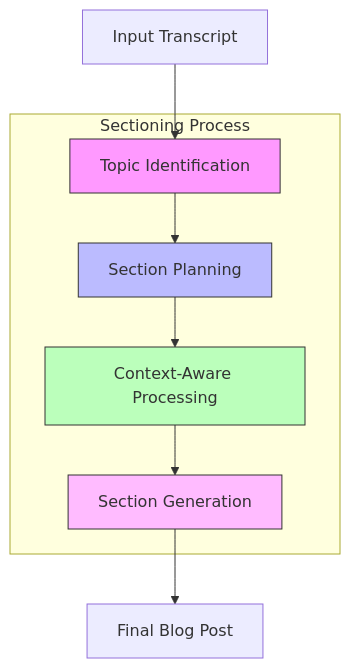
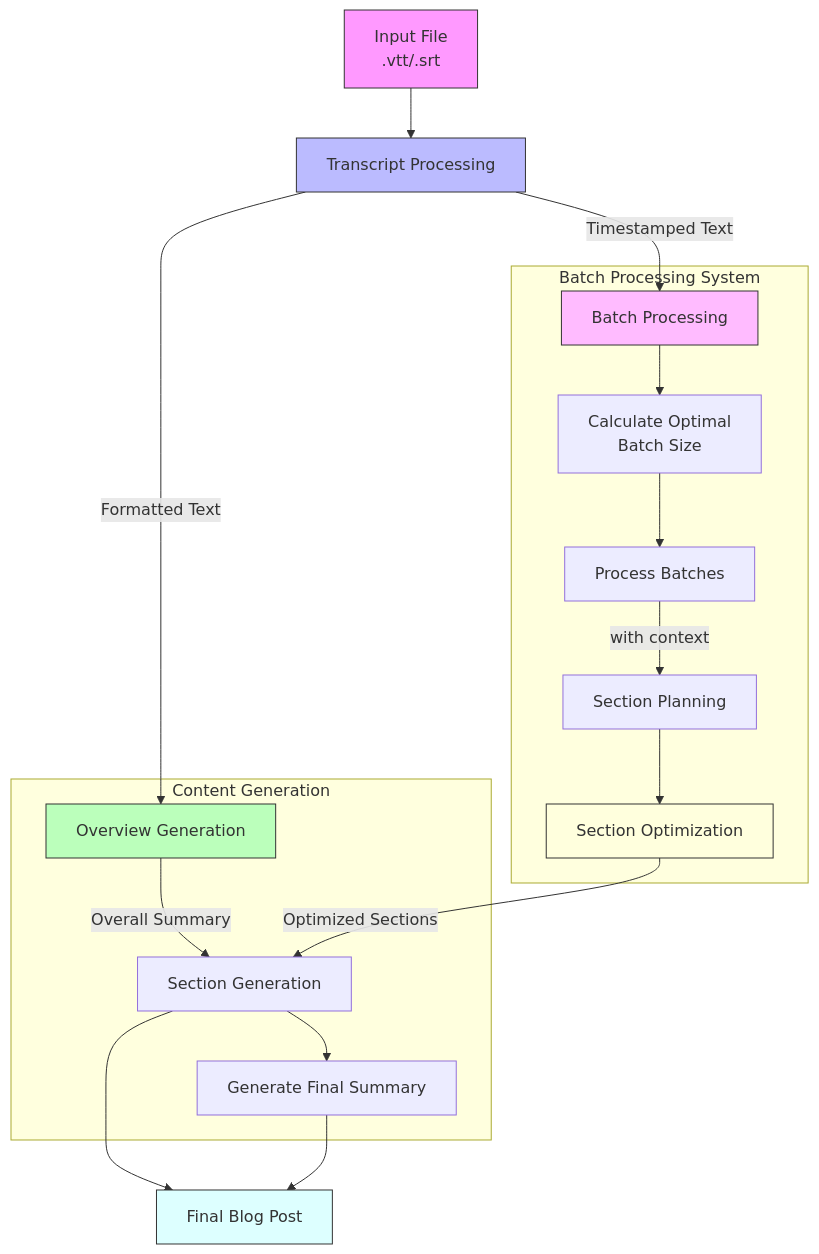
The diagram in README.md (monkinng9/Transcirpt2blog-section-system), drawn with Mermaid before and after one commit. The commit also changed other lines of this file, not shown here.

````diff
--- a/README.md
+++ b/README.md
@@ -9,20 +19,29 @@
 ```mermaid
 graph TD
-    A[Input Transcript] --> B[Topic Identification]
-    B --> C[Section Planning]
-    C --> D[Context-Aware Processing]
-    D --> E[Section Generation]
-    E --> F[Final Blog Post]
-
-    subgraph "Sectioning Process"
-        B
-        C
-        D
-        E
+    A[Input File<br>.vtt/.srt] --> B[Transcript Processing]
+    B --> |Formatted Text| C[Overview Generation]
+    B --> |Timestamped Text| D[Batch Processing]
+    
+    subgraph "Batch Processing System"
+        D --> E[Calculate Optimal<br>Batch Size]
+        E --> F[Process Batches]
+        F --> |with context| G[Section Planning]
+        G --> H[Section Optimization]
     end
-
-    style B fill:#f9f,stroke:#333
-    style C fill:#bbf,stroke:#333
-    style D fill:#bfb,stroke:#333
-    style E fill:#fbf,stroke:#333
+    
+    subgraph "Content Generation"
+        C --> |Overall Summary| I[Section Generation]
+        H --> |Optimized Sections| I
+        I --> J[Generate Final Summary]
+    end
+    
+    I --> K[Final Blog Post]
+    J --> K
+    
+    style A fill:#f9f,stroke:#333
+    style B fill:#bbf,stroke:#333
+    style C fill:#bfb,stroke:#333
+    style D fill:#fbf,stroke:#333
+    style H fill:#ffd,stroke:#333
+    style K fill:#dff,stroke:#333
 ```
````
